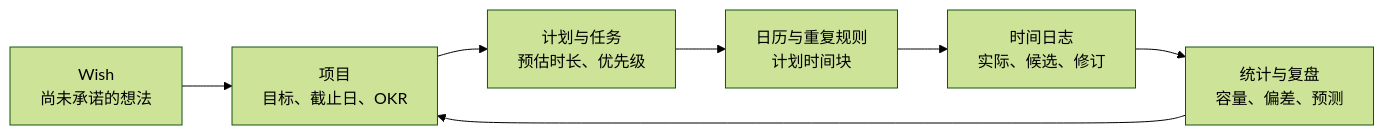
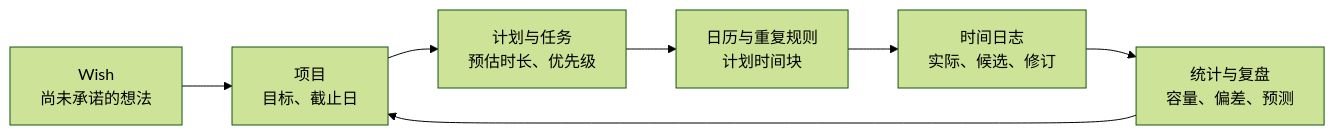
One commit to wushuangabao/wxapp-PlanAndRecord changed the first of 2 diagrams in docs/product-design.zh-CN.md. Above: the diagram before and after it, drawn with Mermaid (forest theme). The commit also changed other lines of this file and 74 other files, not shown here.

````diff
--- a/docs/product-design.zh-CN.md
+++ b/docs/product-design.zh-CN.md
@@ -23,9 +24,9 @@
 ```mermaid
 flowchart LR
-  W["Wish\n尚未承诺的想法"] --> P["项目\n目标、截止日、OKR"]
+  W["Wish\n尚未承诺的想法"] --> P["项目\n目标、截止日"]
   P --> T["计划与任务\n预估时长、优先级"]
   T --> C["日历与重复规则\n计划时间块"]
   C --> L["时间日志\n实际、候选、修订"]
   L --> R["统计与复盘\n容量、偏差、预测"]
   R --> P
 ```
````
